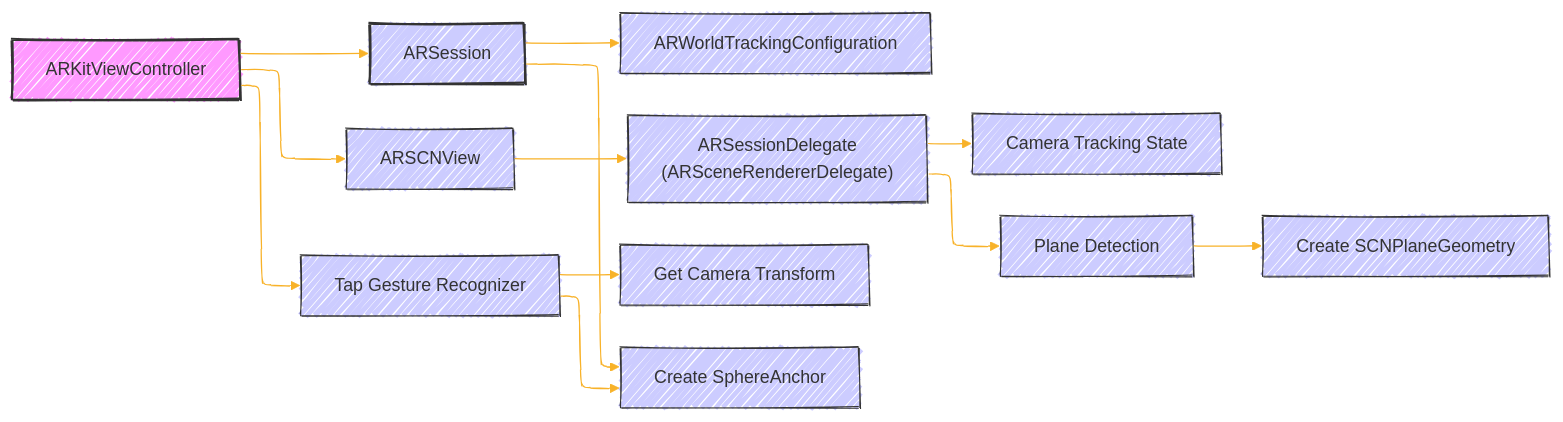
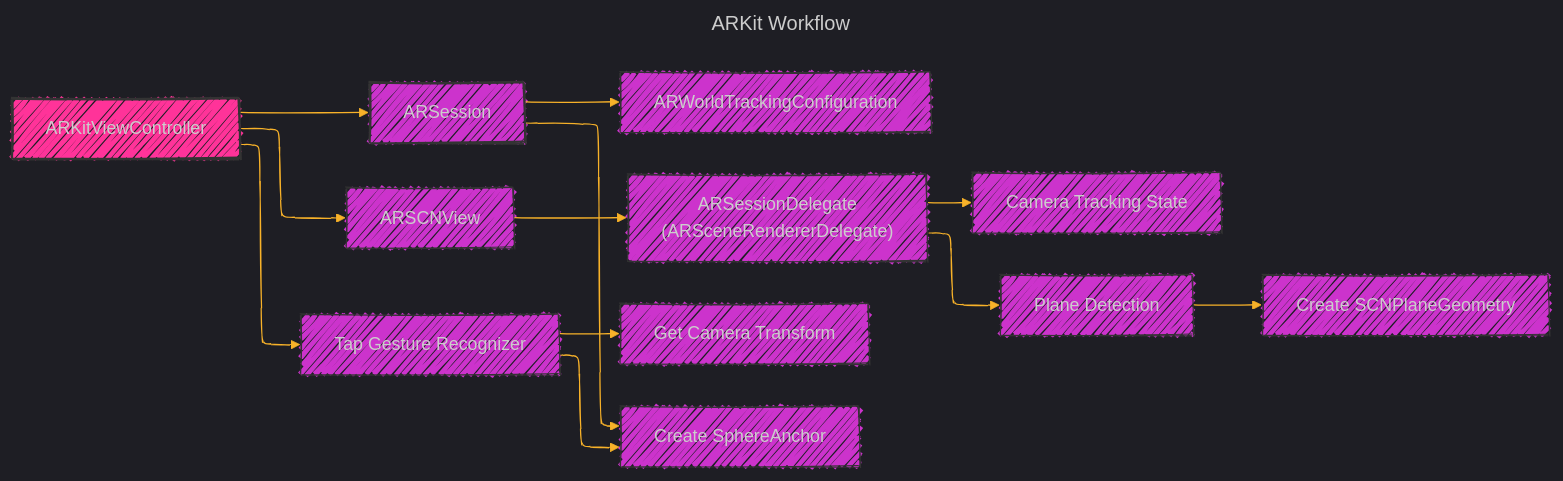
One commit to CongLeSolutionX/Metal-Primitives changed the fifth of 8 diagrams in Documentation_Consolidated_Version_Draft_2.md. Above: the diagram before and after it, drawn with Mermaid. The commit also changed other lines of this file, not shown here.

````diff
--- a/Documentation_Consolidated_Version_Draft_2.md
+++ b/Documentation_Consolidated_Version_Draft_2.md
@@ -340,55 +350,59 @@
 ```mermaid
+---
+title: ARKit Workflow
+config:
+  layout: elk
+  look: handDrawn
+  theme: dark
+---
 %%{
   init: {
-    'theme': 'default',
-    'layout': 'elk',
-    'look': 'handDrawn',
     'fontFamily': 'verdana',
     'themeVariables': {
       'primaryColor': '#BB2528',
-      'primaryTextColor': '#fff',
+      'primaryTextColor': '#f529',
       'primaryBorderColor': '#7C0000',
       'lineColor': '#F8B229',
       'secondaryColor': '#006100',
       'tertiaryColor': '#fff'
     }
   }
 }%%
 graph LR
     A["ARKitViewController"] --> B["ARSession"]
     B --> C["ARWorldTrackingConfiguration"]
     A --> D["ARSCNView"]
     D --> E["ARSessionDelegate<br>(ARSceneRendererDelegate)"]
     E --> F["Camera Tracking State"]
     E --> G["Plane Detection"]
     G --> H["Create SCNPlaneGeometry"]
     A --> I["Tap Gesture Recognizer"]
     I --> J["Get Camera Transform"]
     I --> K["Create SphereAnchor"]
     B --> K
 
-    style A fill:#f9f,stroke:#333,stroke-width:2px
-    style B fill:#ccf,stroke:#333,stroke-width:2px
-    style C fill:#ccf,stroke:#333,stroke-width:1px
-    style D fill:#ccf,stroke:#333,stroke-width:1px
-    style E fill:#ccf,stroke:#333,stroke-width:1px
-    style F fill:#ccf,stroke:#333,stroke-width:1px
-    style G fill:#ccf,stroke:#333,stroke-width:1px
-    style H fill:#ccf,stroke:#333,stroke-width:1px
-    style I fill:#ccf,stroke:#333,stroke-width:1px
-    style J fill:#ccf,stroke:#333,stroke-width:1px
-    style K fill:#ccf,stroke:#333,stroke-width:1px
+    style A fill:#f39f,stroke:#333,stroke-width:2px
+    style B fill:#c3cf,stroke:#333,stroke-width:2px
+    style C fill:#c3cf,stroke:#333,stroke-width:1px
+    style D fill:#c3cf,stroke:#333,stroke-width:1px
+    style E fill:#c3cf,stroke:#333,stroke-width:1px
+    style F fill:#c3cf,stroke:#333,stroke-width:1px
+    style G fill:#c3cf,stroke:#333,stroke-width:1px
+    style H fill:#c3cf,stroke:#333,stroke-width:1px
+    style I fill:#c3cf,stroke:#333,stroke-width:1px
+    style J fill:#c3cf,stroke:#333,stroke-width:1px
+    style K fill:#c3cf,stroke:#333,stroke-width:1px
 
     click A "https://developer.apple.com/documentation/arkit"
     click B "https://developer.apple.com/documentation/arkit/arsession"
     click C "https://developer.apple.com/documentation/arkit/arworldtrackingconfiguration"
     click D "https://developer.apple.com/documentation/scenekit/arscnview"
     click E "https://developer.apple.com/documentation/arkit/arscnviewdelegate"
     click F "https://developer.apple.com/documentation/arkit/arcamera"
     click G "https://developer.apple.com/documentation/arkit/arplanedetection"
     click H "https://developer.apple.com/documentation/scenekit/scngeometry"
     click I "https://developer.apple.com/documentation/uikit/uitapgesturerecognizer"
     click J "https://developer.apple.com/documentation/arkit/arframe/3242800-camera"
     click K "https://developer.apple.com/documentation/arkit/aranchor"
     
 ```
````
